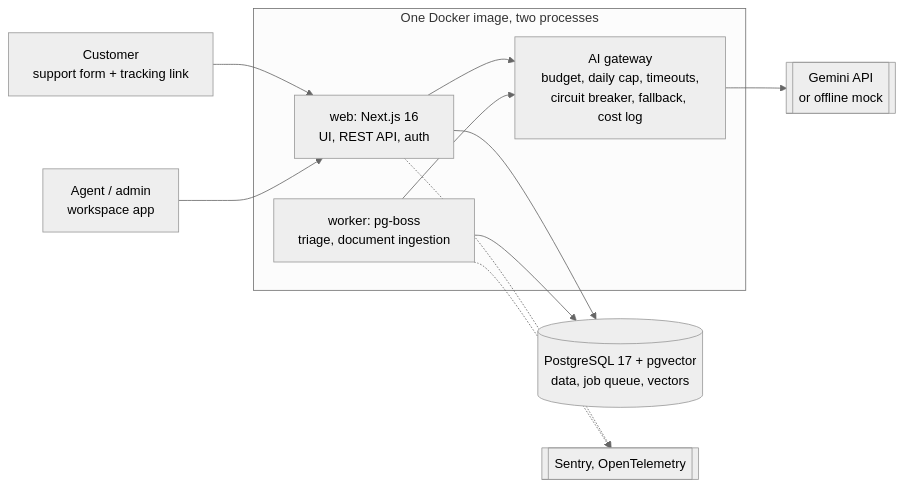
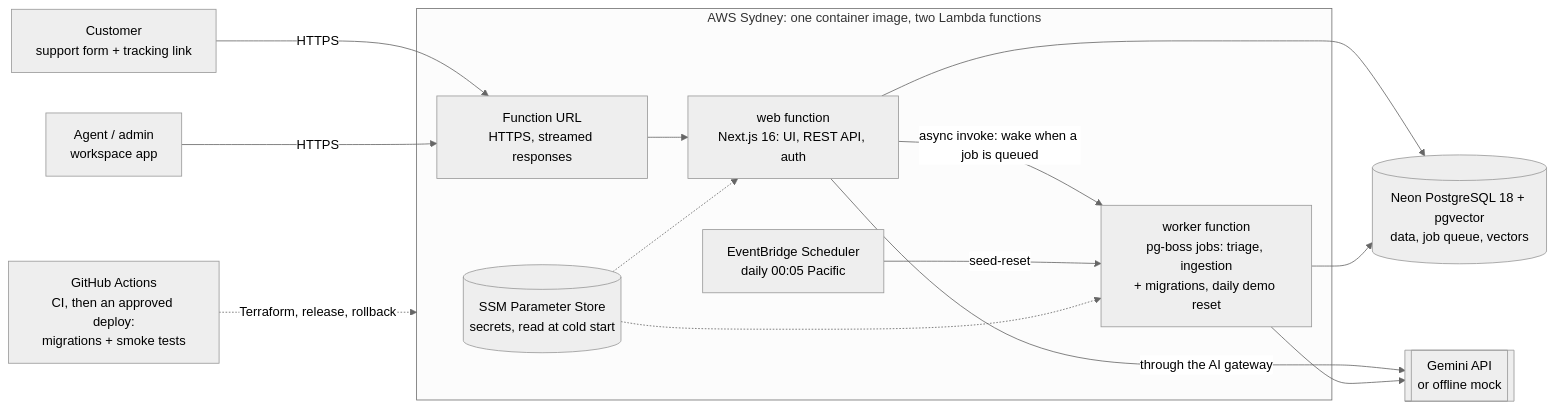
Before and after one commit to HamayunKhan800/supportpilot: the diagram in README.md, drawn with Mermaid (neutral theme). The commit also changed other lines of this file and 1 other file, not shown here.

Commit message:
docs(architecture): diagram and topology for the AWS deployment
The README and docs/02 system diagrams now show what runs: a Function URL, the web and
worker Lambda functions from one image, the async wake, EventBridge Scheduler, SSM, Neon
PostgreSQL 18, Gemini and the GitHub Actions release path (rendered with Mermaid 11 to
check the syntax). docs/02 section 7 points to ADR-0021. M9 step 3.

````diff
--- a/README.md
+++ b/README.md
@@ -135,17 +135,21 @@
 ```mermaid
 flowchart LR
-  CU["Customer<br/>support form + tracking link"] --> WEB
-  AG["Agent / admin<br/>workspace app"] --> WEB
-  subgraph IMG["One Docker image, two processes"]
-    WEB["web: Next.js 16<br/>UI, REST API, auth"]
-    WK["worker: pg-boss<br/>triage, document ingestion"]
-    GW["AI gateway<br/>budget, daily cap, timeouts,<br/>circuit breaker, fallback, cost log"]
+  CU["Customer<br/>support form + tracking link"] -->|HTTPS| FURL
+  AG["Agent / admin<br/>workspace app"] -->|HTTPS| FURL
+  subgraph AWS["AWS Sydney: one container image, two Lambda functions"]
+    FURL["Function URL<br/>HTTPS, streamed responses"] --> WEB
+    WEB["web function<br/>Next.js 16: UI, REST API, auth"]
+    WK["worker function<br/>pg-boss jobs: triage, ingestion<br/>+ migrations, daily demo reset"]
+    SCH["EventBridge Scheduler<br/>daily 00:05 Pacific"]
+    SSM[("SSM Parameter Store<br/>secrets, read at cold start")]
   end
-  WEB --> DB[("PostgreSQL 17 + pgvector<br/>data, job queue, vectors")]
+  WEB -->|"async invoke: wake when a job is queued"| WK
+  SCH -->|seed-reset| WK
+  SSM -.-> WEB
+  SSM -.-> WK
+  WEB --> DB[("Neon PostgreSQL 18 + pgvector<br/>data, job queue, vectors")]
   WK --> DB
-  WEB --> GW
-  WK --> GW
-  GW --> LLM[["Gemini API<br/>or offline mock"]]
-  WEB -.-> OBS[["Sentry, OpenTelemetry"]]
-  WK -.-> OBS
+  WEB -->|"through the AI gateway"| LLM[["Gemini API<br/>or offline mock"]]
+  WK --> LLM
+  GH["GitHub Actions<br/>CI, then an approved deploy:<br/>migrations + smoke tests"] -.->|"Terraform, release, rollback"| AWS
 ```
````
